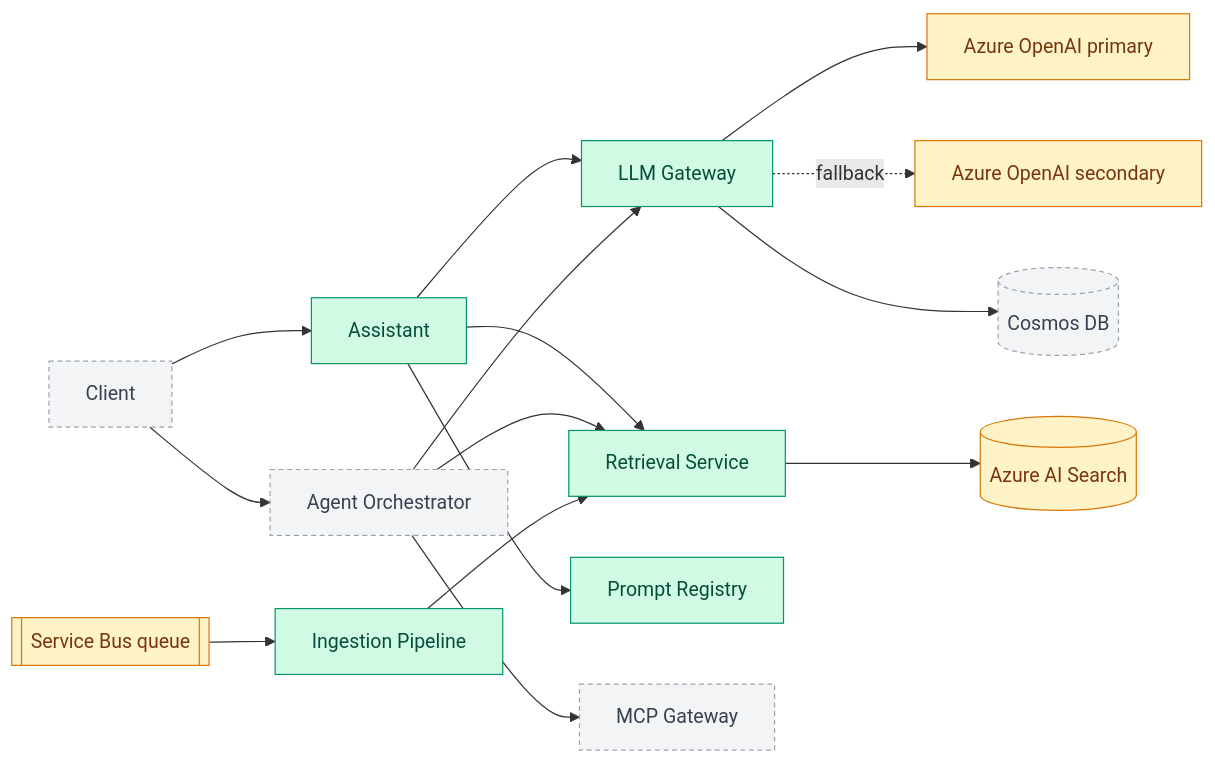
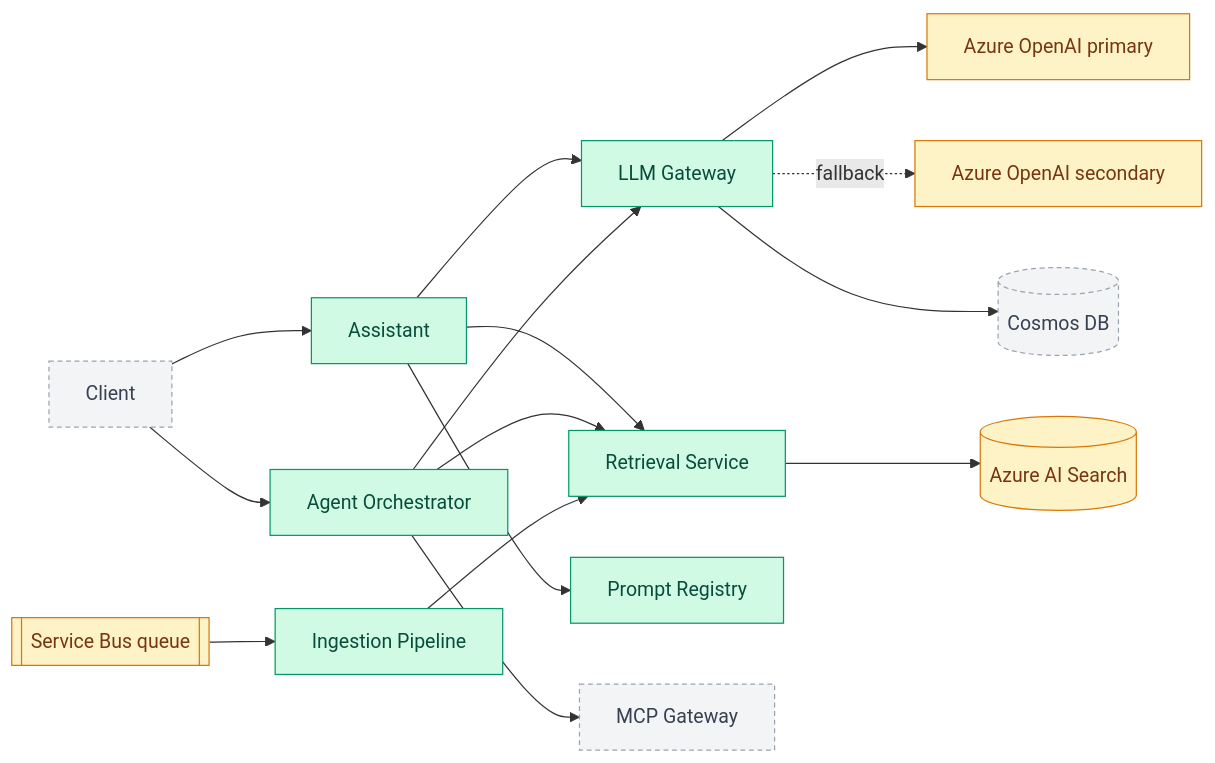
Before and after one commit to SwaroopManjunath/enterprise-genai-platform: the diagram in README.md, drawn with Mermaid. The commit also changed other lines of this file and 4 other files, not shown here.

````diff
--- a/README.md
+++ b/README.md
@@ -44,24 +45,24 @@
 ```mermaid
 flowchart LR
     Client --> AS[Assistant]
     AS --> GW[LLM Gateway]
     AS --> RET[Retrieval Service]
     AS --> PR[Prompt Registry]
     Client --> AG[Agent Orchestrator]
     AG --> GW
     AG --> MCP[MCP Gateway]
     AG --> RET
     RET --> AIS[(Azure AI Search)]
     ING[Ingestion Pipeline] --> RET
     SB[[Service Bus queue]] --> ING
     GW --> AOAI1[Azure OpenAI primary]
     GW -. fallback .-> AOAI2[Azure OpenAI secondary]
     GW --> COS[(Cosmos DB)]
 
     classDef done fill:#d1fae5,stroke:#059669,color:#064e3b;
     classDef stub fill:#fef3c7,stroke:#d97706,color:#78350f;
     classDef planned fill:#f3f4f6,stroke:#9ca3af,stroke-dasharray:4 3,color:#374151;
-    class AS,GW,PR,ING,RET done;
+    class AS,GW,PR,ING,RET,AG done;
     class AIS,SB,AOAI1,AOAI2 stub;
-    class Client,AG,MCP,COS planned;
+    class Client,MCP,COS planned;
 ```
````
